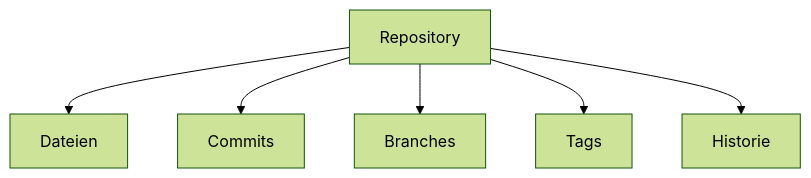
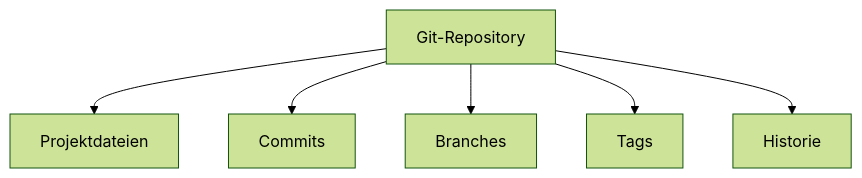
The fifth of 21 diagrams in README.md (Post155/Git-Schulung), drawn with Mermaid (forest theme) before and after one commit. The commit also changed other lines of this file, not shown here.

````diff
--- a/README.md
+++ b/README.md
@@ -116,9 +141,9 @@
 ```mermaid
 flowchart TD
-    A[Repository]
-    A --> B[Dateien]
-    A --> C[Commits]
-    A --> D[Branches]
-    A --> E[Tags]
-    A --> F[Historie]
+    A["Git-Repository"]
+    A --> B["Projektdateien"]
+    A --> C["Commits"]
+    A --> D["Branches"]
+    A --> E["Tags"]
+    A --> F["Historie"]
 ```
````
